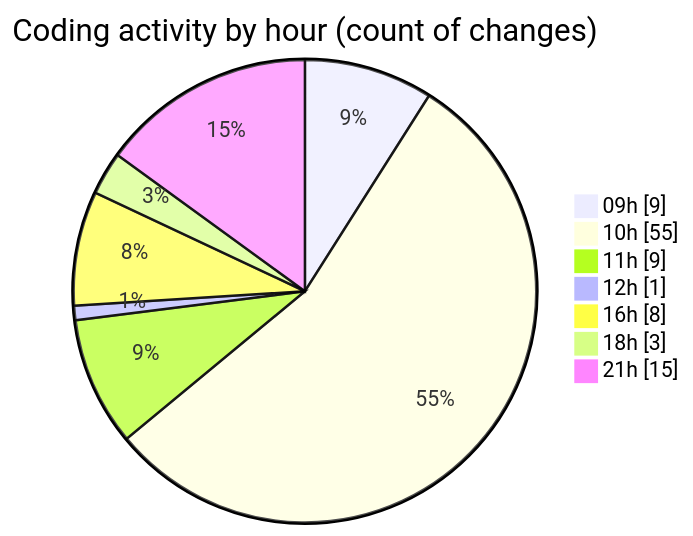
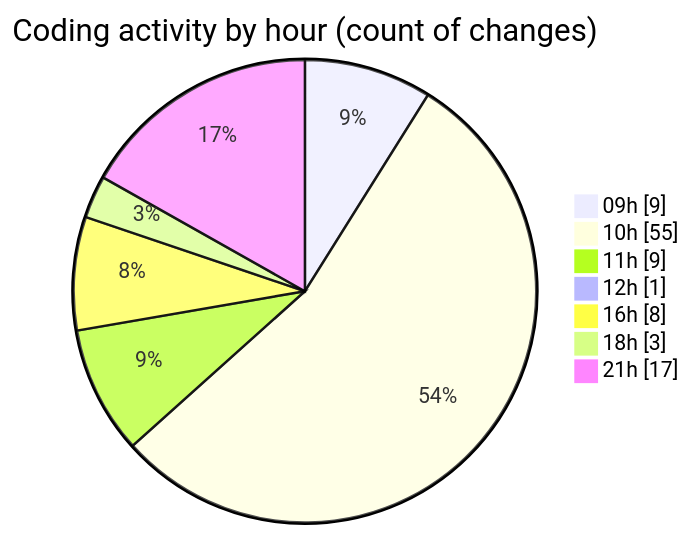
One commit to robertbonfada/code-tracking changed the second of 2 diagrams in 2025-03-04/termonied_testador/README.md. Above: the diagram before and after it, drawn with Mermaid. The commit also changed other lines of this file and 1 other file, not shown here.

````diff
--- a/2025-03-04/termonied_testador/README.md
+++ b/2025-03-04/termonied_testador/README.md
@@ -46,11 +46,11 @@
 ```mermaid
 pie showData
 title Coding activity by hour (count of changes)
 "09h" : 9
 "10h" : 55
 "11h" : 9
 "12h" : 1
 "16h" : 8
 "18h" : 3
-"21h" : 15
+"21h" : 17
 ```
````
